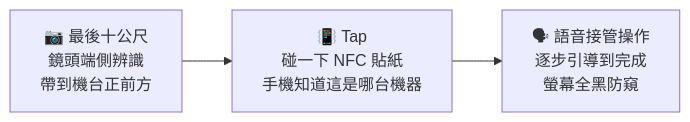
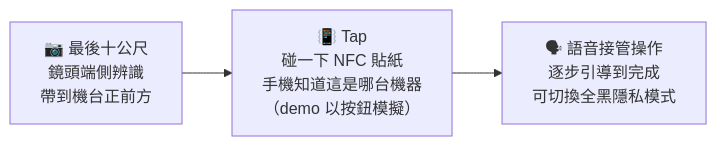
Before and after one commit to a96020183/tapable_sep: the diagram in README.md, drawn with Mermaid. The commit also changed other lines of this file and 5 other files, not shown here.

First line of the commit message:
操作段 P0/P1/P2＋選用 LLM 意圖層；拔除公分引導與量測 UI；README 連結全改 tapable_sep

````diff
--- a/README.md
+++ b/README.md
@@ -73,5 +72,5 @@
 ```mermaid
 flowchart LR
-    A["📷 最後十公尺<br/>鏡頭端側辨識<br/>帶到機台正前方"] --> B["📳 Tap<br/>碰一下 NFC 貼紙<br/>手機知道這是哪台機器"]
-    B --> C["🗣 語音接管操作<br/>逐步引導到完成<br/>螢幕全黑防窺"]
+    A["📷 最後十公尺<br/>鏡頭端側辨識<br/>帶到機台正前方"] --> B["📳 Tap<br/>碰一下 NFC 貼紙<br/>手機知道這是哪台機器<br/>（demo 以按鈕模擬）"]
+    B --> C["🗣 語音接管操作<br/>逐步引導到完成<br/>可切換全黑隱私模式"]
 ```
````
